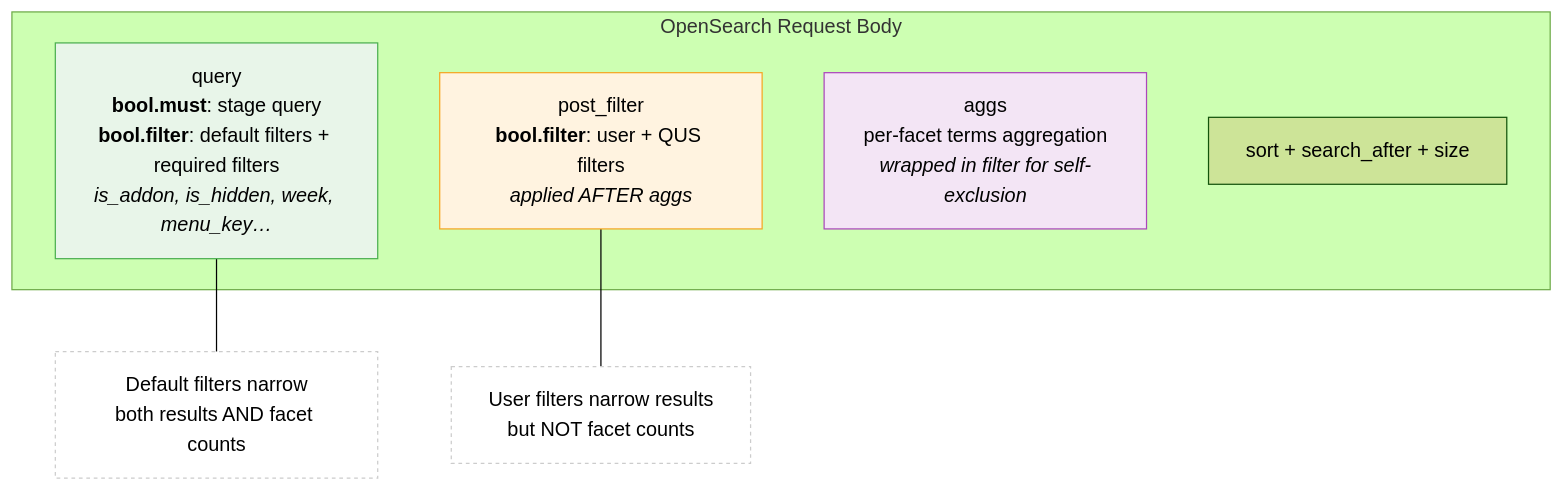
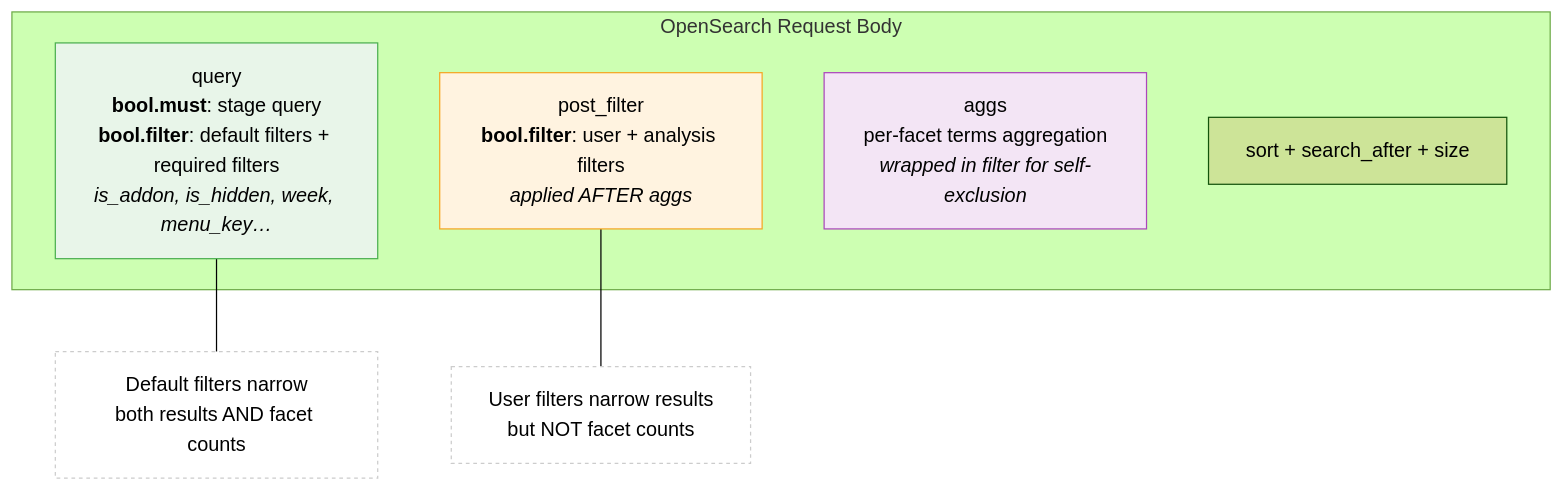
Before and after one commit to ahmedalaahagag/search-orchestrator: the third of 5 diagrams in docs/orchestration-process.md, drawn with Mermaid (forest theme). The commit also changed other lines of this file, not shown here.

First line of the commit message:
docs: update orchestration-process.md for QueryAnalysis API

````diff
--- a/docs/orchestration-process.md
+++ b/docs/orchestration-process.md
@@ -79,18 +79,18 @@
 ```mermaid
 flowchart TD
     subgraph OpenSearch Request Body
         Q[query<br/><b>bool.must</b>: stage query<br/><b>bool.filter</b>: default filters + required filters<br/><i>is_addon, is_hidden, week, menu_key…</i>]
-        PF[post_filter<br/><b>bool.filter</b>: user + QUS filters<br/><i>applied AFTER aggs</i>]
+        PF[post_filter<br/><b>bool.filter</b>: user + analysis filters<br/><i>applied AFTER aggs</i>]
         AGG[aggs<br/>per-facet terms aggregation<br/><i>wrapped in filter for self-exclusion</i>]
         SORT[sort + search_after + size]
     end
 
     Q --- NOTE1[Default filters narrow<br/>both results AND facet counts]
     PF --- NOTE2[User filters narrow results<br/>but NOT facet counts]
 
     style Q fill:#e8f5e9,stroke:#4caf50
     style PF fill:#fff3e0,stroke:#f5a623
     style AGG fill:#f3e5f5,stroke:#ab47bc
     style NOTE1 fill:#fff,stroke:#ccc,stroke-dasharray: 3 3
     style NOTE2 fill:#fff,stroke:#ccc,stroke-dasharray: 3 3
 ```
````
